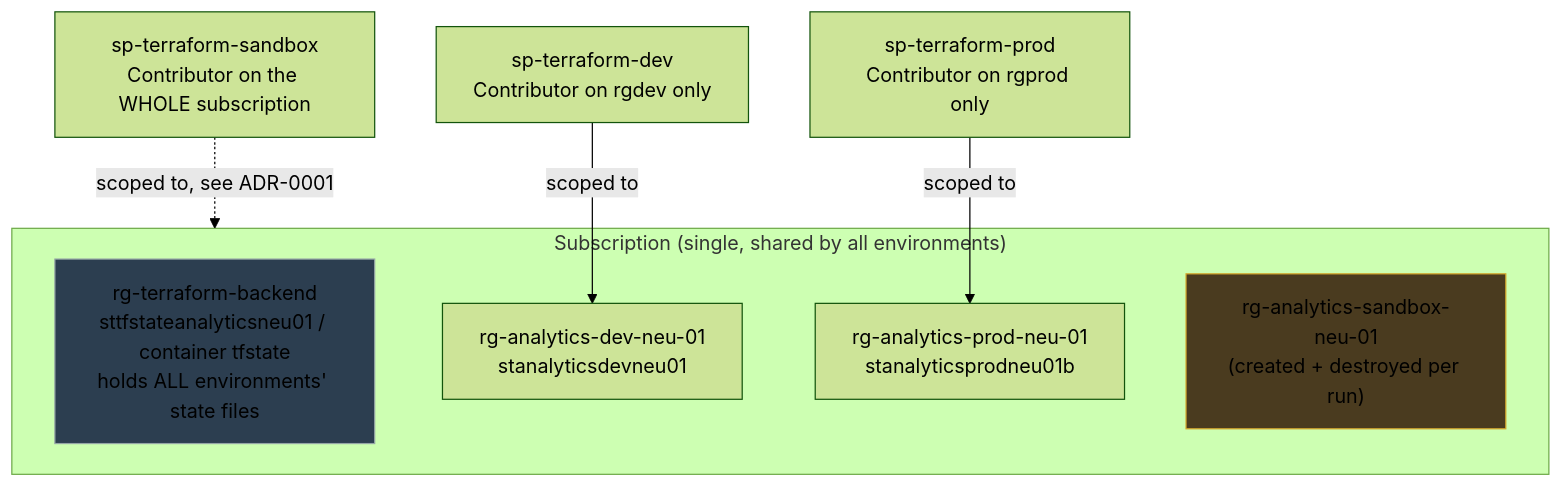
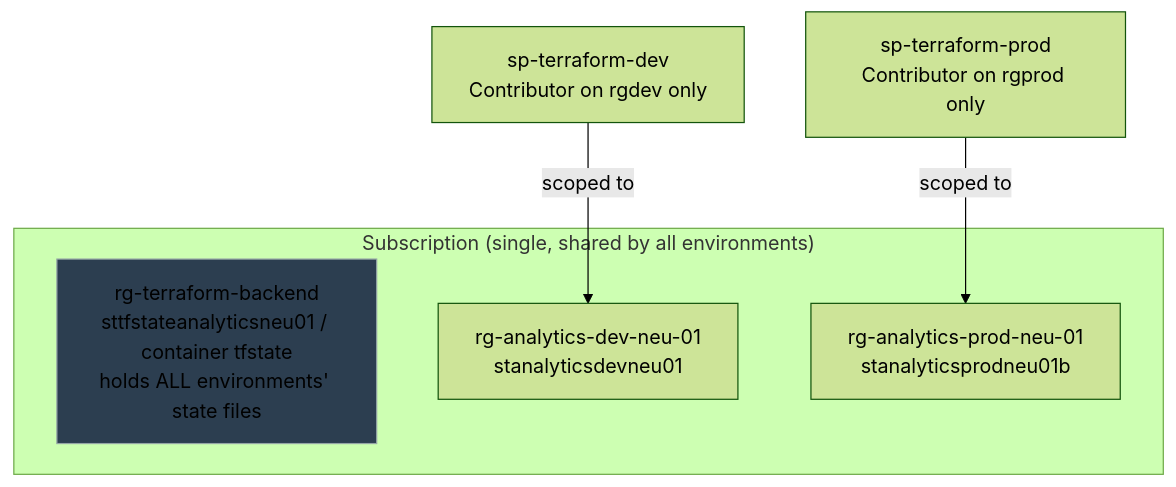
The second of 4 diagrams in docs/ARCHITECTURE.md (oseliocandido/terraform-azure), drawn with Mermaid (forest theme) before and after one commit. The commit also changed other lines of this file and 43 other files, not shown here.

````diff
--- a/docs/ARCHITECTURE.md
+++ b/docs/ARCHITECTURE.md
@@ -51,16 +47,13 @@
 ```mermaid
 flowchart TB
     subgraph sub["Subscription (single, shared by all environments)"]
         rgbackend["rg-terraform-backend\nsttfstateanalyticsneu01 / container tfstate\nholds ALL environments' state files"]
         rgdev["rg-analytics-dev-neu-01\nstanalyticsdevneu01"]
         rgprod["rg-analytics-prod-neu-01\nstanalyticsprodneu01b"]
-        rgsandbox["rg-analytics-sandbox-neu-01\n(created + destroyed per run)"]
     end
 
     spdev["sp-terraform-dev\nContributor on rgdev only"] -->|scoped to| rgdev
     spprod["sp-terraform-prod\nContributor on rgprod only"] -->|scoped to| rgprod
-    spsandbox["sp-terraform-sandbox\nContributor on the WHOLE subscription"] -.->|scoped to, see ADR-0001| sub
 
     style rgbackend fill:#2c3e50,stroke:#95a5a6
-    style rgsandbox fill:#4a3b1f,stroke:#d4a72c
 ```
````
